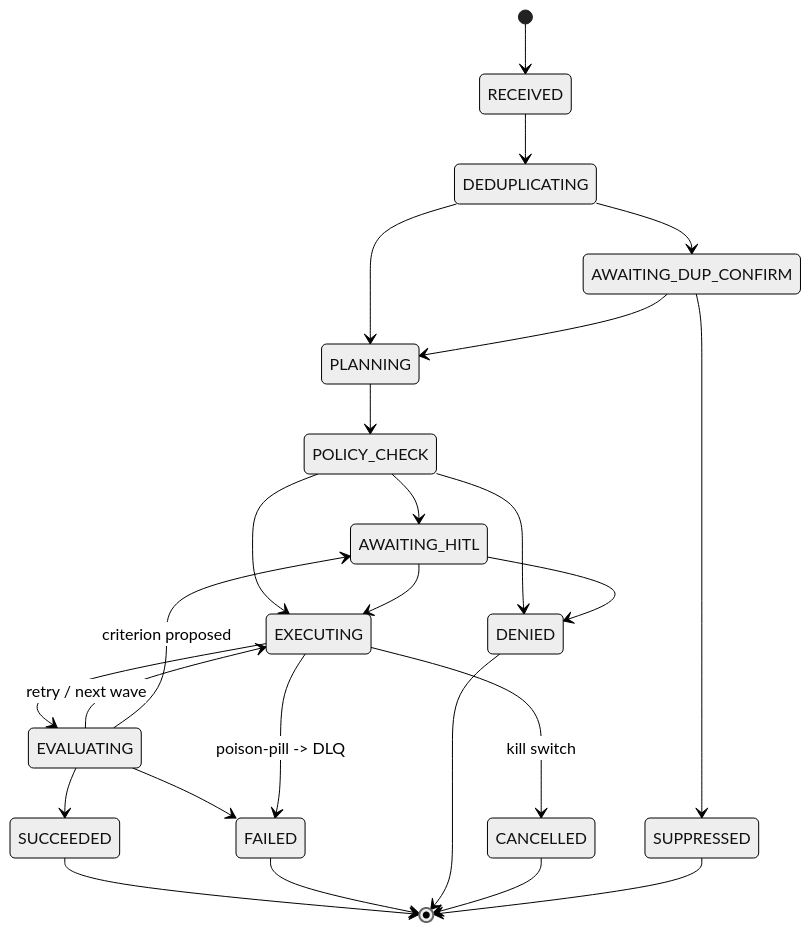
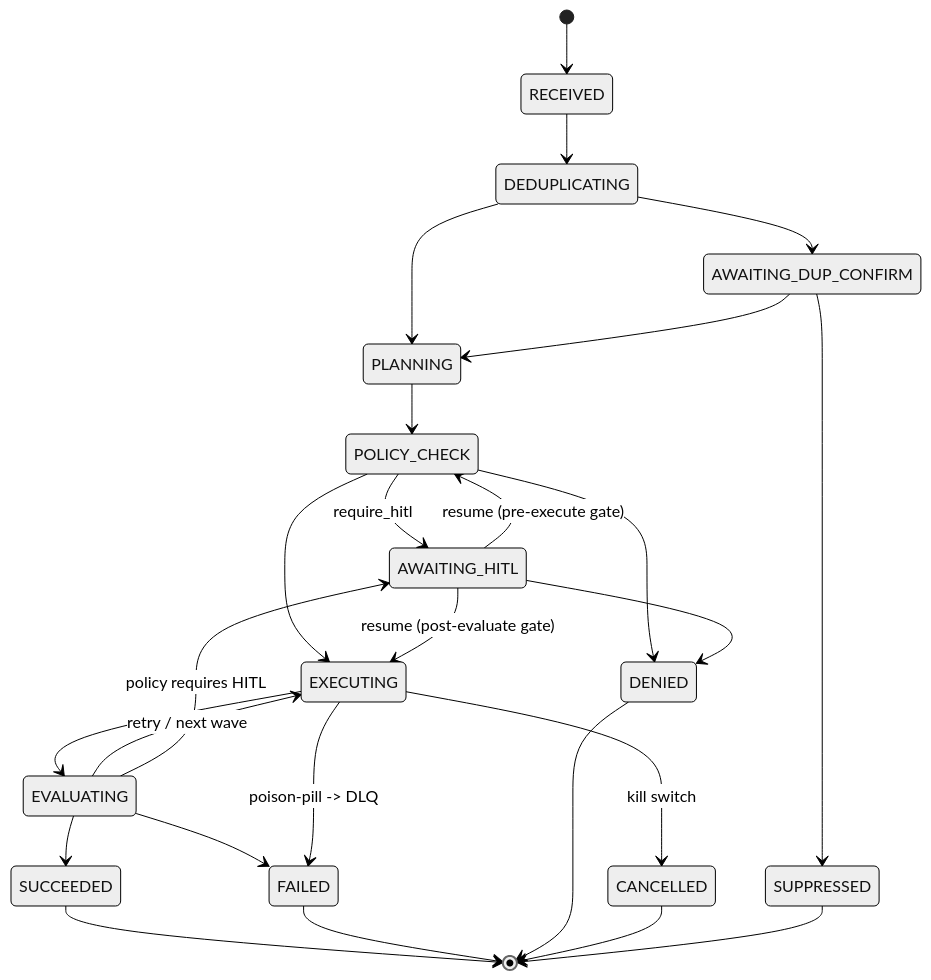
The diagram in docs/task-contract.md (dr-robert-li/agentic-mesh-reference-arch), drawn with Mermaid (neutral theme) before and after one commit. The commit also changed other lines of this file and 20 other files, not shown here.

````diff
--- a/docs/task-contract.md
+++ b/docs/task-contract.md
@@ -48,27 +48,28 @@
 ```mermaid
 stateDiagram-v2
     [*] --> RECEIVED
     RECEIVED --> DEDUPLICATING
     DEDUPLICATING --> AWAITING_DUP_CONFIRM
     DEDUPLICATING --> PLANNING
     AWAITING_DUP_CONFIRM --> PLANNING
     AWAITING_DUP_CONFIRM --> SUPPRESSED
     PLANNING --> POLICY_CHECK
-    POLICY_CHECK --> AWAITING_HITL
+    POLICY_CHECK --> AWAITING_HITL : require_hitl
     POLICY_CHECK --> EXECUTING
     POLICY_CHECK --> DENIED
-    AWAITING_HITL --> EXECUTING
+    AWAITING_HITL --> POLICY_CHECK : resume (pre-execute gate)
+    AWAITING_HITL --> EXECUTING : resume (post-evaluate gate)
     AWAITING_HITL --> DENIED
     EXECUTING --> EVALUATING
     EVALUATING --> EXECUTING : retry / next wave
-    EVALUATING --> AWAITING_HITL : criterion proposed
+    EVALUATING --> AWAITING_HITL : policy requires HITL
     EVALUATING --> SUCCEEDED
     EVALUATING --> FAILED
     EXECUTING --> FAILED : poison-pill -> DLQ
     EXECUTING --> CANCELLED : kill switch
     SUCCEEDED --> [*]
     FAILED --> [*]
     DENIED --> [*]
     CANCELLED --> [*]
     SUPPRESSED --> [*]
 ```
````
